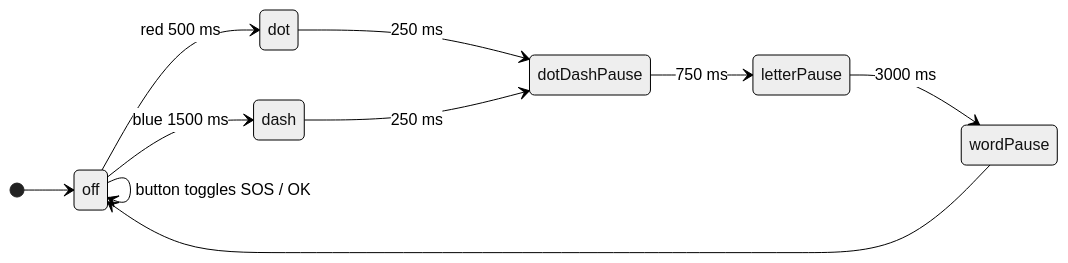
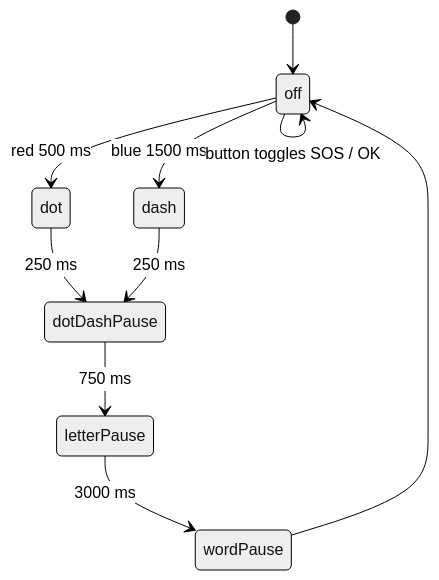
One commit to jguida941/CS-350-Emerging-Systems-Architectures changed the third of 3 diagrams in README.md. Above: the diagram before and after it, drawn with Mermaid (neutral theme). The commit also changed other lines of this file, not shown here.

Commit message:
Update Module Eight Journal

````diff
--- a/README.md
+++ b/README.md
@@ -64,13 +64,13 @@
 ```mermaid
 stateDiagram-v2
-    direction LR
+    direction TB
     [*] --> off
     off --> dot : red 500 ms
     off --> dash : blue 1500 ms
     dot --> dotDashPause : 250 ms
     dash --> dotDashPause : 250 ms
     dotDashPause --> letterPause : 750 ms
     letterPause --> wordPause : 3000 ms
     wordPause --> off
     off --> off : button toggles SOS / OK
 ```
````
